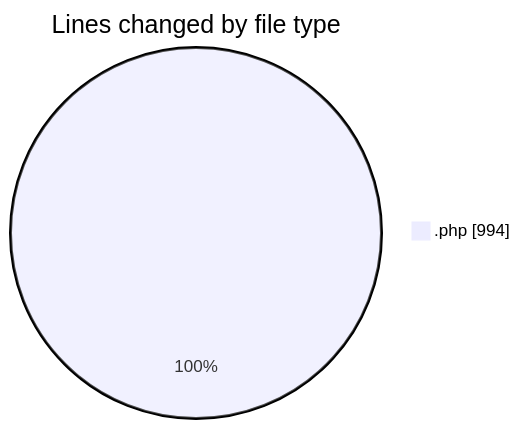
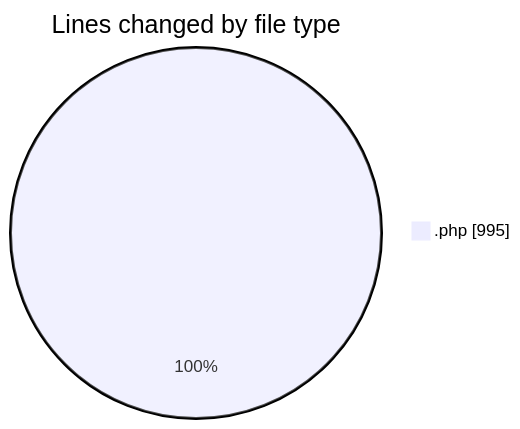
Before and after one commit to vahidmafi/code-tracking: the first of 2 diagrams in 2025-04-17/zeytoon/README.md, drawn with Mermaid. The commit also changed other lines of this file and 1 other file, not shown here.

````diff
--- a/2025-04-17/zeytoon/README.md
+++ b/2025-04-17/zeytoon/README.md
@@ -21,5 +21,5 @@
 ```mermaid
 pie showData
 title Lines changed by file type
-".php" : 994
+".php" : 995
 ```
````
